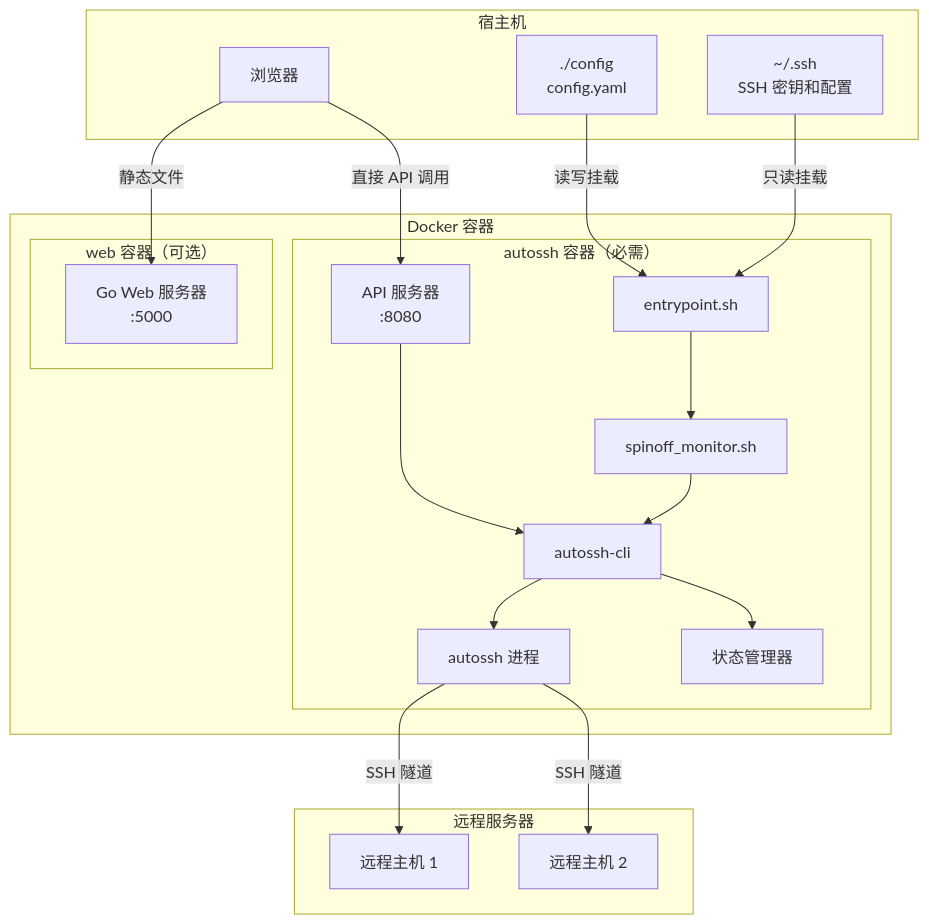
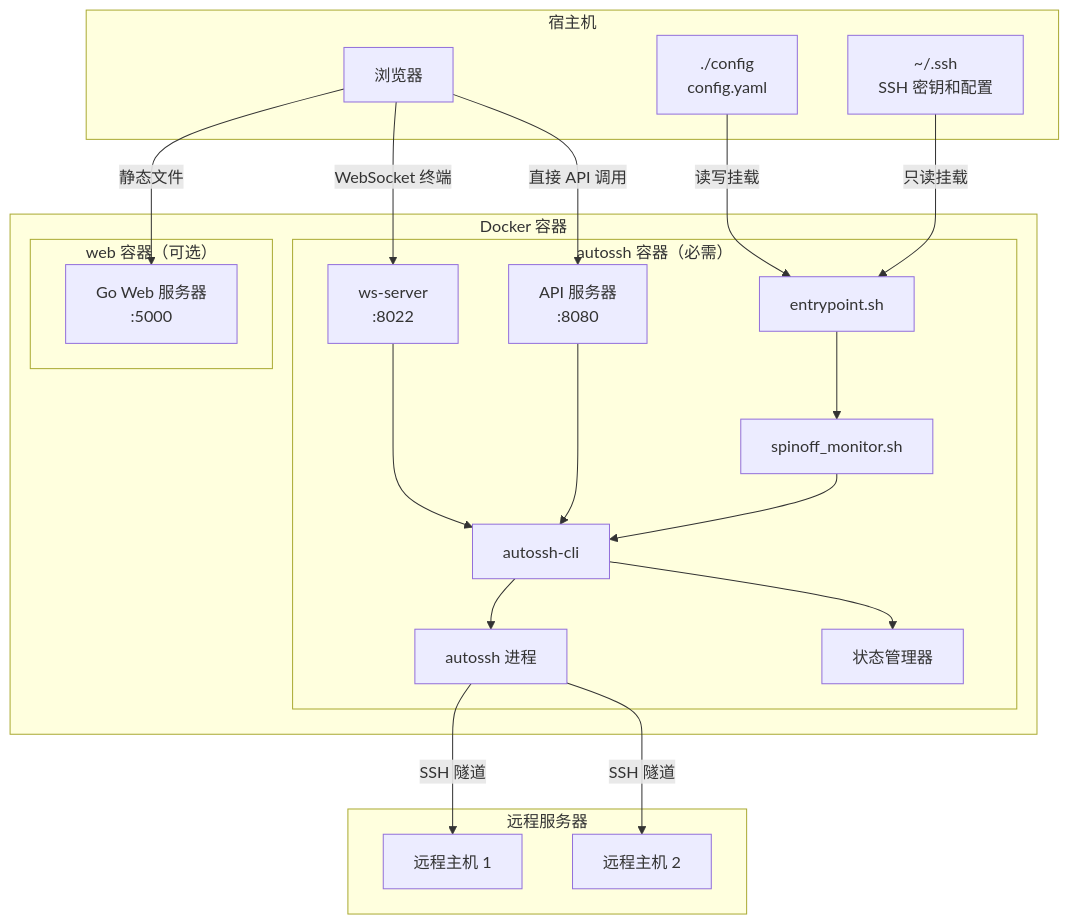
The first of 3 diagrams in docs/architecture.md (Oaklight/autossh-tunnel-dockerized), drawn with Mermaid before and after one commit. The commit also changed other lines of this file and 13 other files, not shown here.

First line of the commit message:
docs: 更新截图并添加交互式认证文档

````diff
--- a/docs/architecture.md
+++ b/docs/architecture.md
@@ -15,43 +15,46 @@
 ```mermaid
 graph TB
     subgraph "宿主机"
         SSH[~/.ssh<br/>SSH 密钥和配置]
         CONFIG[./config<br/>config.yaml]
         BROWSER[浏览器]
     end
-    
+
     subgraph "Docker 容器"
         subgraph "autossh 容器（必需）"
             ENTRY[entrypoint.sh]
             MONITOR[spinoff_monitor.sh]
             CLI[autossh-cli]
             API[API 服务器<br/>:8080]
+            WSSERVER[ws-server<br/>:8022]
             AUTOSSH[autossh 进程]
             STATE[状态管理器]
         end
-        
+
         subgraph "web 容器（可选）"
             WEBSERVER[Go Web 服务器<br/>:5000]
         end
     end
-    
+
     subgraph "远程服务器"
         REMOTE1[远程主机 1]
         REMOTE2[远程主机 2]
     end
-    
+
     SSH -->|只读挂载| ENTRY
     CONFIG -->|读写挂载| ENTRY
     BROWSER -->|静态文件| WEBSERVER
-    
+
     ENTRY --> MONITOR
     MONITOR --> CLI
     CLI --> STATE
     CLI --> AUTOSSH
     API --> CLI
-    
+    WSSERVER --> CLI
+
     BROWSER -->|直接 API 调用| API
-    
+    BROWSER -->|WebSocket 终端| WSSERVER
+
     AUTOSSH -->|SSH 隧道| REMOTE1
     AUTOSSH -->|SSH 隧道| REMOTE2
 ```
````
